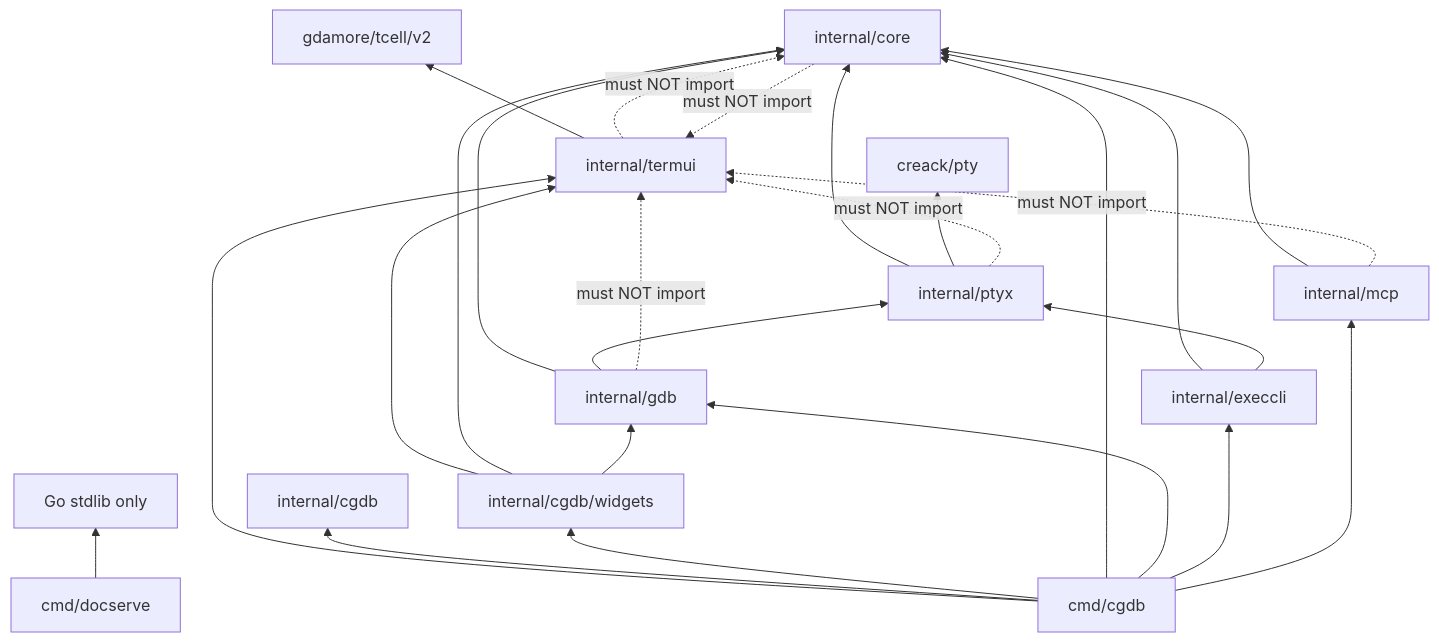
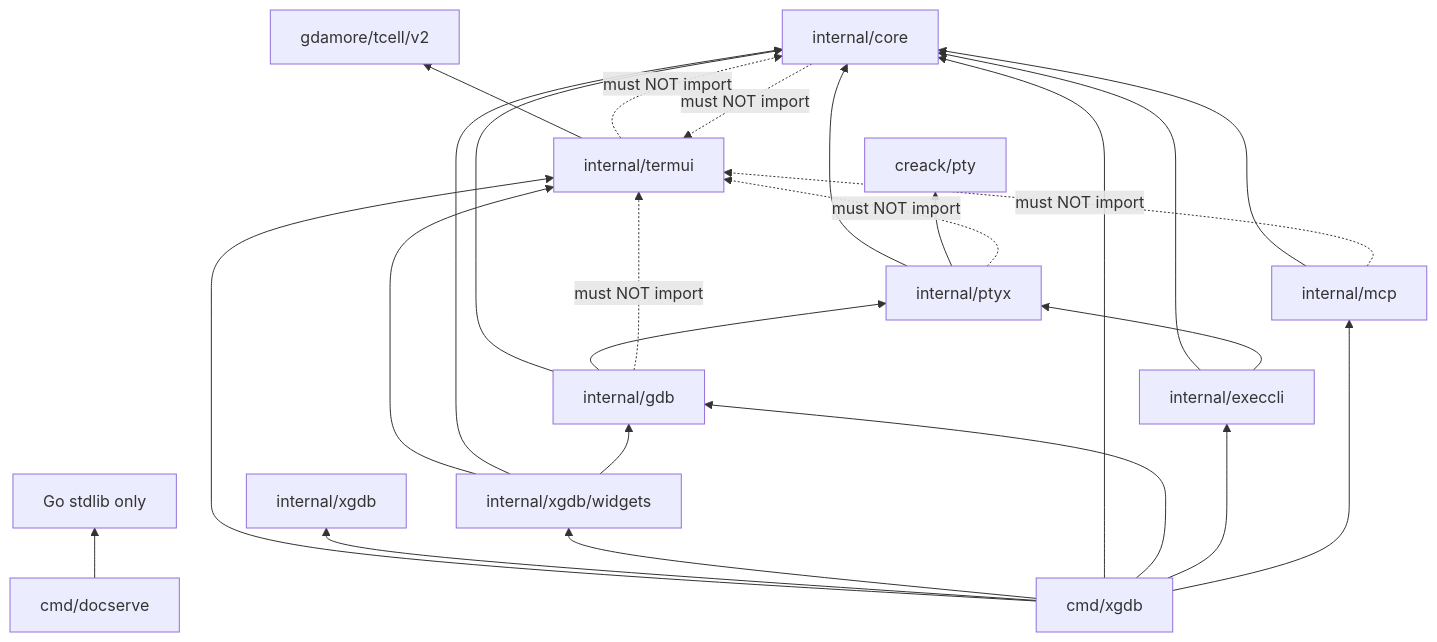
Before and after one commit to yairgd/gdbforge: the diagram in docs/DEPENDENCIES.md, drawn with Mermaid. The commit also changed other lines of this file and 67 other files, not shown here.

````diff
--- a/docs/DEPENDENCIES.md
+++ b/docs/DEPENDENCIES.md
@@ -69,44 +69,44 @@
 ```mermaid
 flowchart BT
     tcell["gdamore/tcell/v2"]
     ptyLib["creack/pty"]
 
     termui["internal/termui"]
-    cgdb_pkg["internal/cgdb"]
-    widgets["internal/cgdb/widgets"]
+    cgdb_pkg["internal/xgdb"]
+    widgets["internal/xgdb/widgets"]
     core["internal/core"]
     ptyx["internal/ptyx"]
     gdb["internal/gdb"]
     execcli["internal/execcli"]
     mcp["internal/mcp"]
-    cgdb_cmd["cmd/cgdb"]
+    cgdb_cmd["cmd/xgdb"]
     docserve["cmd/docserve"]
 
     termui --> tcell
     widgets --> termui
     widgets --> core
     widgets --> gdb
     ptyx --> core
     ptyx --> ptyLib
     gdb --> core
     gdb --> ptyx
     execcli --> core
     execcli --> ptyx
     mcp --> core
 
     cgdb_cmd --> termui
     cgdb_cmd --> cgdb_pkg
     cgdb_cmd --> widgets
     cgdb_cmd --> core
     cgdb_cmd --> gdb
     cgdb_cmd --> execcli
     cgdb_cmd --> mcp
 
     docserve --> stdlib["Go stdlib only"]
 
     gdb -.->|"must NOT import"| termui
     ptyx -.->|"must NOT import"| termui
     mcp -.->|"must NOT import"| termui
     core -.->|"must NOT import"| termui
     termui -.->|"must NOT import"| core
 ```
````
